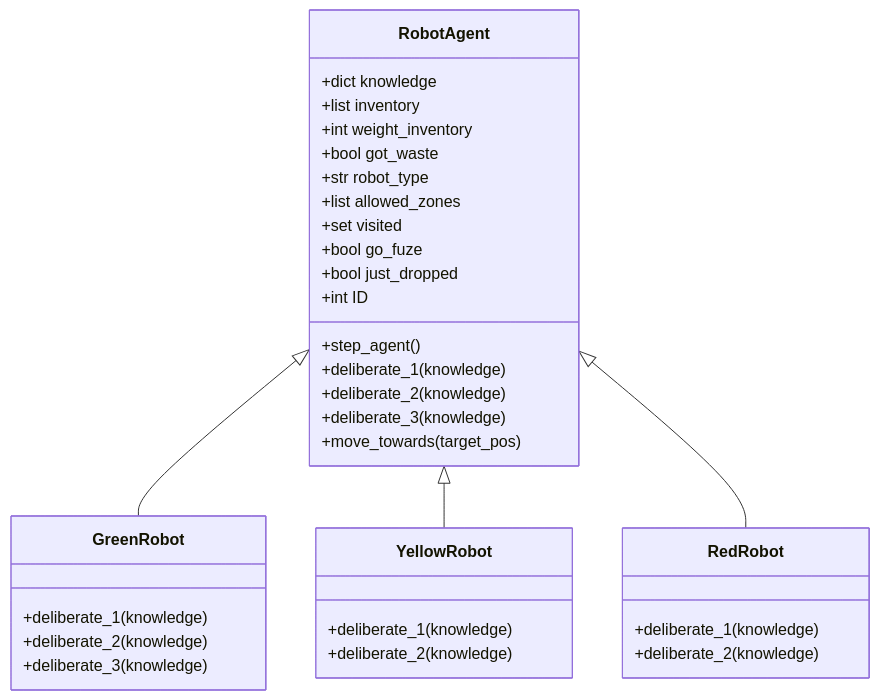
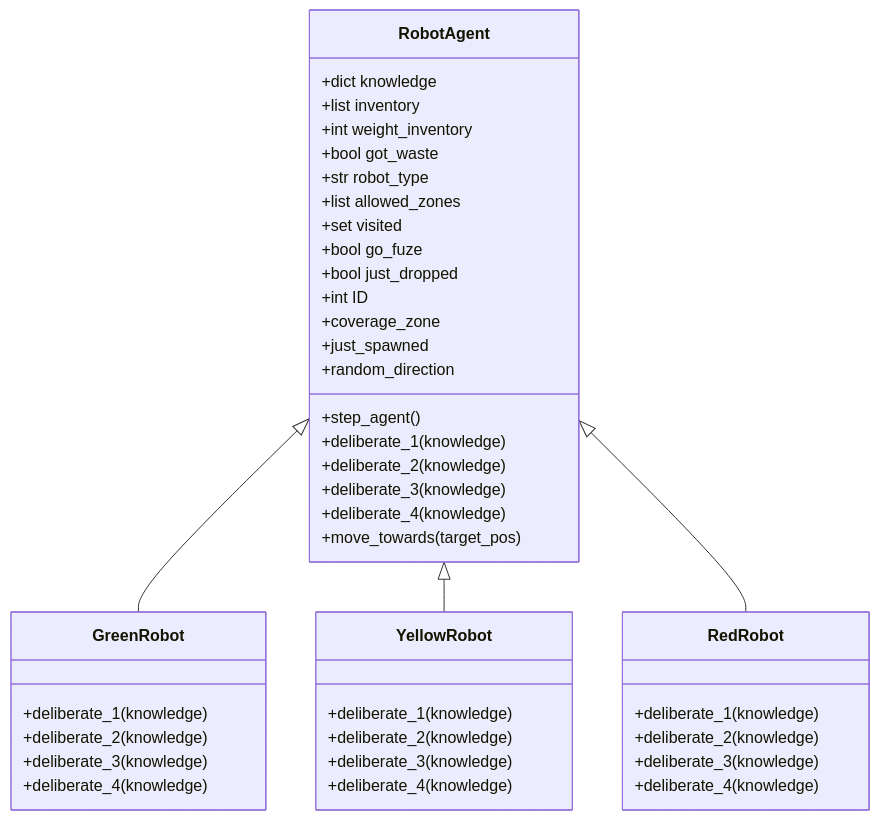
The diagram in README.md (guillfay/robot_mission_15), drawn with Mermaid before and after one commit. The commit also changed other lines of this file and 2 other files, not shown here.

````diff
--- a/README.md
+++ b/README.md
@@ -45,40 +45,49 @@
 ```mermaid
 classDiagram
     class RobotAgent {
         +dict knowledge
         +list inventory
         +int weight_inventory
         +bool got_waste
         +str robot_type
         +list allowed_zones
         +set visited
         +bool go_fuze
         +bool just_dropped
         +int ID
+        +coverage_zone
+        +just_spawned
+        +random_direction
         +step_agent()
         +deliberate_1(knowledge)
         +deliberate_2(knowledge)
         +deliberate_3(knowledge)
+        +deliberate_4(knowledge)
         +move_towards(target_pos)
     }
     
     class GreenRobot {
         +deliberate_1(knowledge)
         +deliberate_2(knowledge)
         +deliberate_3(knowledge)
+        +deliberate_4(knowledge)
     }
     
     class YellowRobot {
         +deliberate_1(knowledge)
         +deliberate_2(knowledge)
+        +deliberate_3(knowledge)
+        +deliberate_4(knowledge)
     }
 
     class RedRobot {
         +deliberate_1(knowledge)
         +deliberate_2(knowledge)
+        +deliberate_3(knowledge)
+        +deliberate_4(knowledge)
     }
     
     RobotAgent <|-- GreenRobot
     RobotAgent <|-- YellowRobot
     RobotAgent <|-- RedRobot
 ```
````
